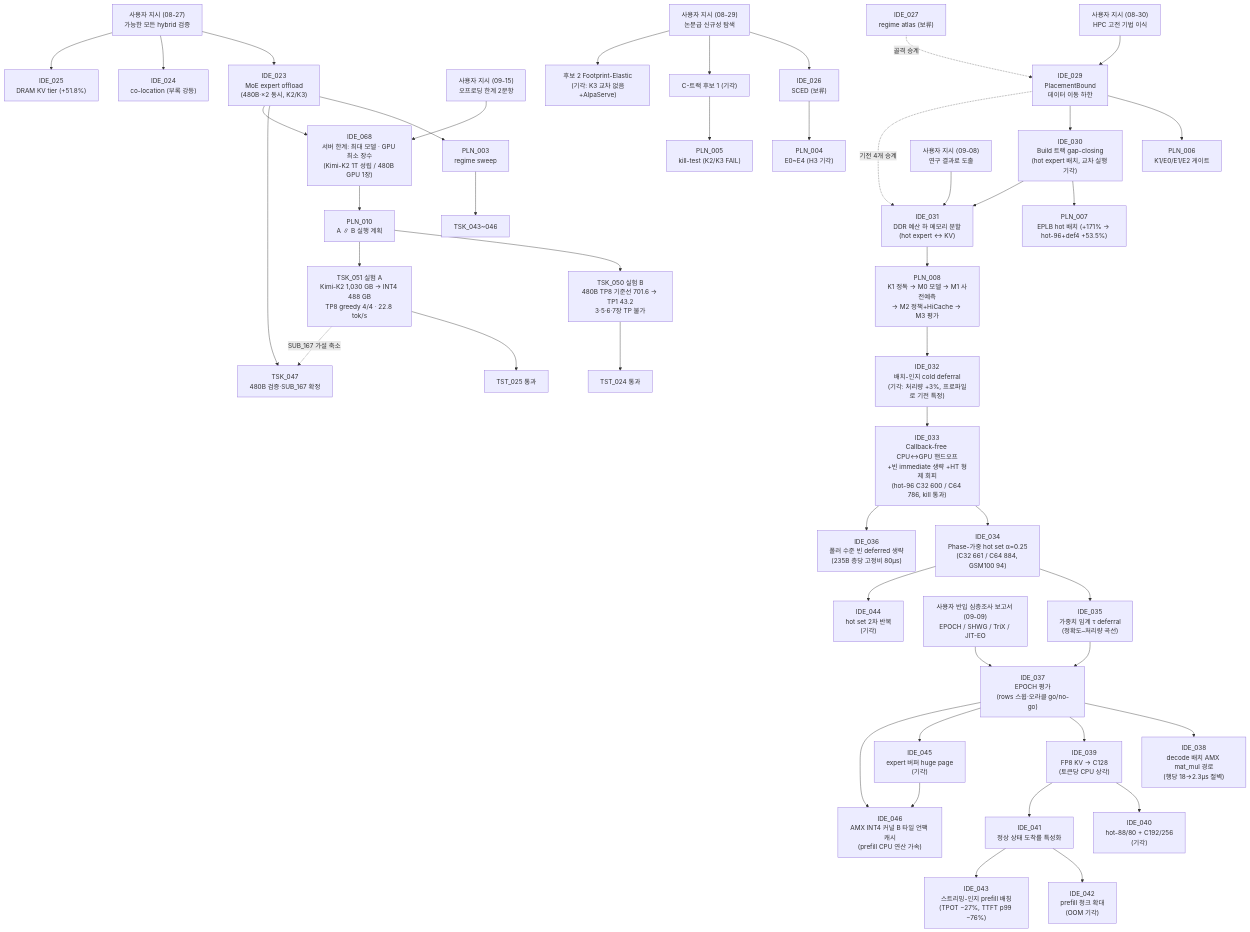
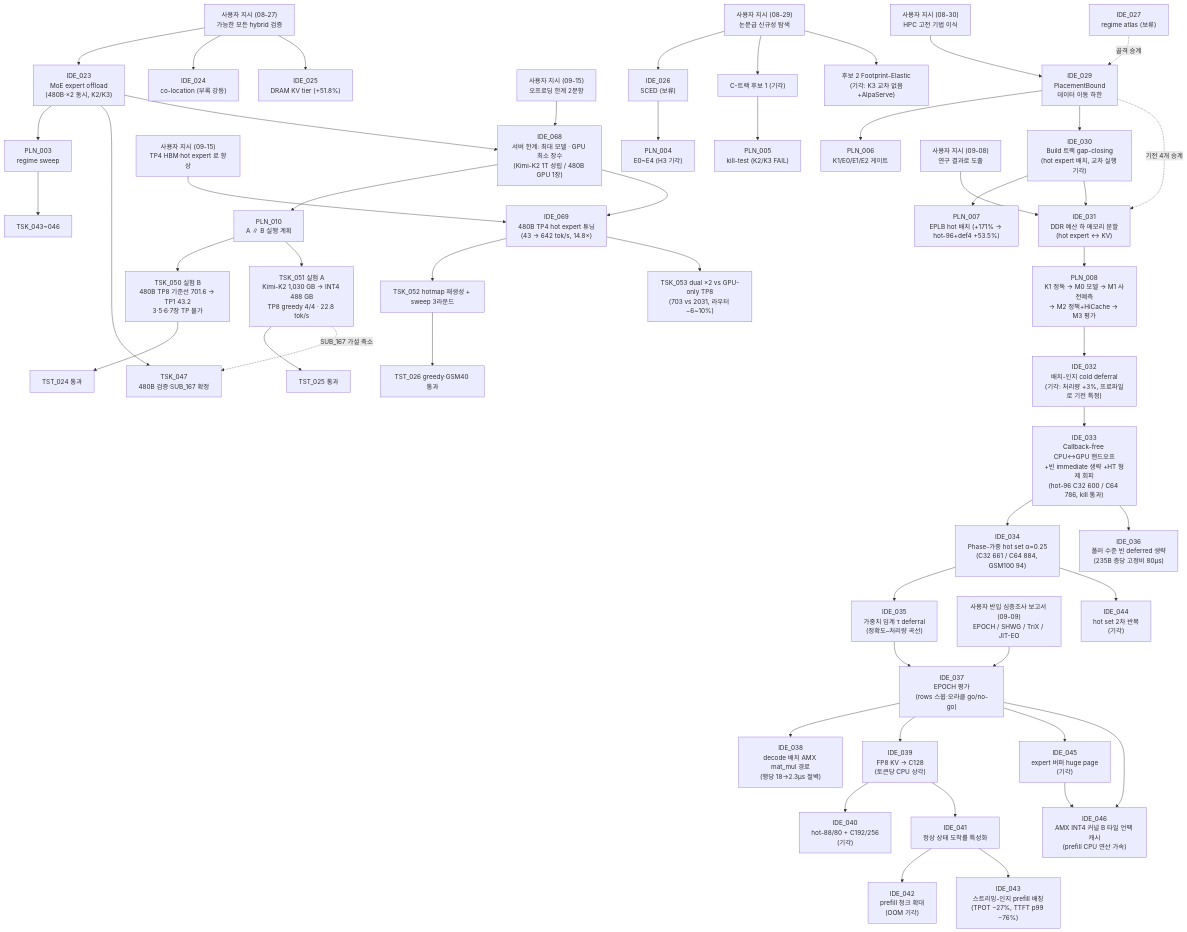
The second of 2 diagrams in shadow_assists/README.md (mystous/vllm_hybrid), drawn with Mermaid before and after one commit. The commit also changed 607 other files, not shown here.

First line of the commit message:
eval(IDE_069): 종결 — dual hot ×2 702.5 @총64 vs GPU-only TP8 2031 (2.9×), 라우터 −6~10%, 소켓 cpuset 이 30% 차이의 원인; 원시 데이터 전량

````diff
--- a/shadow_assists/README.md
+++ b/shadow_assists/README.md
@@ -270,48 +270,53 @@
 ```mermaid
 graph TD
     U27["사용자 지시 (08-27)<br/>가능한 모든 hybrid 검증"] --> IDE_023["IDE_023<br/>MoE expert offload<br/>(480B·×2 동시, K2/K3)"]
     U27 --> IDE_024["IDE_024<br/>co-location (부록 강등)"]
     U27 --> IDE_025["IDE_025<br/>DRAM KV tier (+51.8%)"]
     IDE_023 --> PLN_003["PLN_003<br/>regime sweep"]
     PLN_003 --> TSK_043["TSK_043~046"]
     IDE_023 --> TSK_047["TSK_047<br/>480B 검증·SUB_167 확정"]
     U915["사용자 지시 (09-15)<br/>오프로딩 한계 2문항"] --> IDE_068["IDE_068<br/>서버 한계: 최대 모델 · GPU 최소 장수<br/>(Kimi-K2 1T 성립 / 480B GPU 1장)"]
     IDE_023 --> IDE_068
     IDE_068 --> PLN_010["PLN_010<br/>A ∥ B 실행 계획"]
     PLN_010 --> TSK_050["TSK_050 실험 B<br/>480B TP8 기준선 701.6 → TP1 43.2<br/>3·5·6·7장 TP 불가"]
     PLN_010 --> TSK_051["TSK_051 실험 A<br/>Kimi-K2 1,030 GB → INT4 488 GB<br/>TP8 greedy 4/4 · 22.8 tok/s"]
     TSK_050 --> TST_024["TST_024 통과"]
     TSK_051 --> TST_025["TST_025 통과"]
     TSK_051 -.SUB_167 가설 축소.-> TSK_047
+    U915b["사용자 지시 (09-15)<br/>TP4 HBM·hot expert 로 향상"] --> IDE_069["IDE_069<br/>480B TP4 hot expert 튜닝<br/>(43 → 642 tok/s, 14.8×)"]
+    IDE_068 --> IDE_069
+    IDE_069 --> TSK_052["TSK_052 hotmap 재생성 + sweep 3라운드"]
+    IDE_069 --> TSK_053["TSK_053 dual ×2 vs GPU-only TP8<br/>(703 vs 2031, 라우터 −6~10%)"]
+    TSK_052 --> TST_026["TST_026 greedy·GSM40 통과"]
     UN["사용자 지시 (08-29)<br/>논문급 신규성 탐색"] --> IDE_026["IDE_026<br/>SCED (보류)"]
     IDE_026 --> PLN_004["PLN_004<br/>E0~E4 (H3 기각)"]
     UN --> C1["C-트랙 후보 1 (기각)"]
     C1 --> PLN_005["PLN_005<br/>kill-test (K2/K3 FAIL)"]
     UN --> FP["후보 2 Footprint-Elastic<br/>(기각: K3 교차 없음+AlpaServe)"]
     UH["사용자 지시 (08-30)<br/>HPC 고전 기법 이식"] --> IDE_029["IDE_029<br/>PlacementBound<br/>데이터 이동 하한"]
     IDE_027["IDE_027<br/>regime atlas (보류)"] -.골격 승계.-> IDE_029
     IDE_029 --> PLN_006["PLN_006<br/>K1/E0/E1/E2 게이트"]
     IDE_029 --> IDE_030["IDE_030<br/>Build 트랙 gap-closing<br/>(hot expert 배치, 교차 실행 기각)"]
     IDE_030 --> PLN_007["PLN_007<br/>EPLB hot 배치 (+171% → hot-96+def4 +53.5%)"]
     UP["사용자 지시 (09-08)<br/>연구 결과로 도출"] --> IDE_031["IDE_031<br/>DDR 예산 하 메모리 분할<br/>(hot expert ↔ KV)"]
     IDE_030 --> IDE_031
     IDE_029 -.기전 4개 승계.-> IDE_031
     IDE_031 --> PLN_008["PLN_008<br/>K1 정독 → M0 모델 → M1 사전예측<br/>→ M2 정책+HiCache → M3 평가"]
     PLN_008 --> IDE_032["IDE_032<br/>배치-인지 cold deferral<br/>(기각: 처리량 +3%, 프로파일로 기전 특정)"]
     IDE_032 --> IDE_033["IDE_033<br/>Callback-free CPU↔GPU 핸드오프<br/>+빈 immediate 생략 +HT 형제 회피<br/>(hot-96 C32 600 / C64 786, kill 통과)"]
     IDE_033 --> IDE_034["IDE_034<br/>Phase-가중 hot set α=0.25<br/>(C32 661 / C64 884, GSM100 94)"]
     IDE_034 --> IDE_035["IDE_035<br/>가중치 임계 τ deferral<br/>(정확도–처리량 곡선)"]
     IDE_033 --> IDE_036["IDE_036<br/>폴러 수준 빈 deferred 생략<br/>(235B 층당 고정비 80µs)"]
     UP2["사용자 반입 심층조사 보고서 (09-09)<br/>EPOCH / SHWG / TriX / JIT-EO"] --> IDE_037["IDE_037<br/>EPOCH 평가<br/>(rows 스윕·오라클 go/no-go)"]
     IDE_035 --> IDE_037
     IDE_037 --> IDE_038["IDE_038<br/>decode 배치 AMX mat_mul 경로<br/>(행당 18→2.3µs 절벽)"]
     IDE_037 --> IDE_039["IDE_039<br/>FP8 KV → C128<br/>(토큰당 CPU 상각)"]
     IDE_039 --> IDE_040["IDE_040<br/>hot-88/80 + C192/256<br/>(기각)"]
     IDE_039 --> IDE_041["IDE_041<br/>정상 상태 도착률 특성화"]
     IDE_041 --> IDE_042["IDE_042<br/>prefill 청크 확대<br/>(OOM 기각)"]
     IDE_041 --> IDE_043["IDE_043<br/>스트리밍-인지 prefill 배칭<br/>(TPOT −27%, TTFT p99 −76%)"]
     IDE_034 --> IDE_044["IDE_044<br/>hot set 2차 반복<br/>(기각)"]
     IDE_037 --> IDE_045["IDE_045<br/>expert 버퍼 huge page<br/>(기각)"]
     IDE_045 --> IDE_046["IDE_046<br/>AMX INT4 커널 B 타일 언팩 캐시<br/>(prefill CPU 연산 가속)"]
     IDE_037 --> IDE_046
 ```
````
